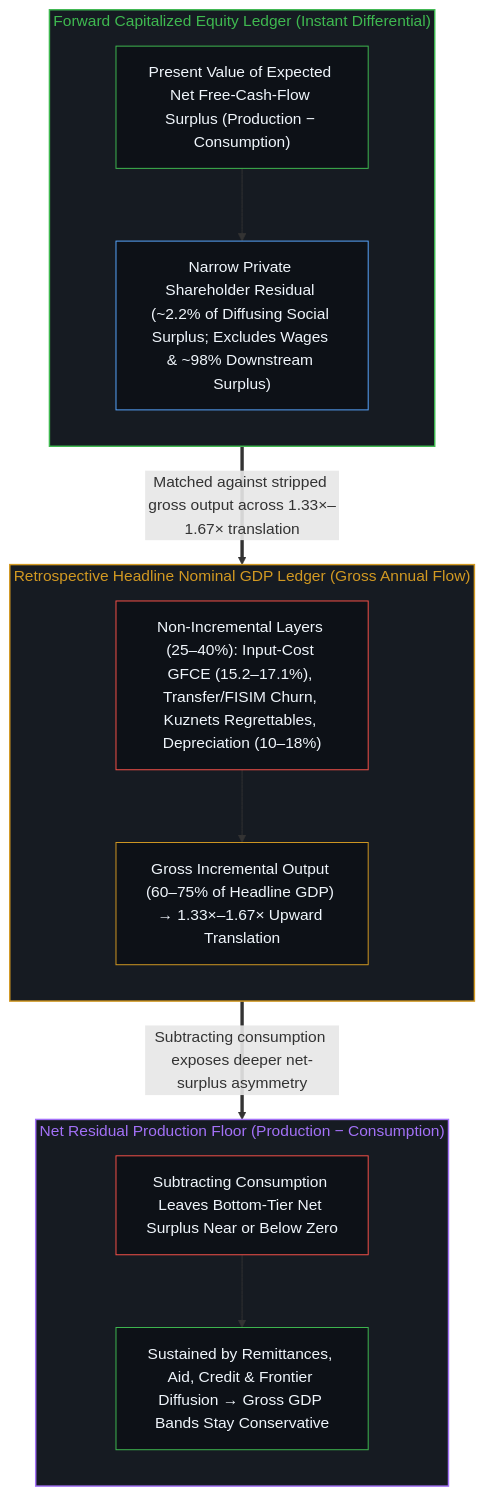
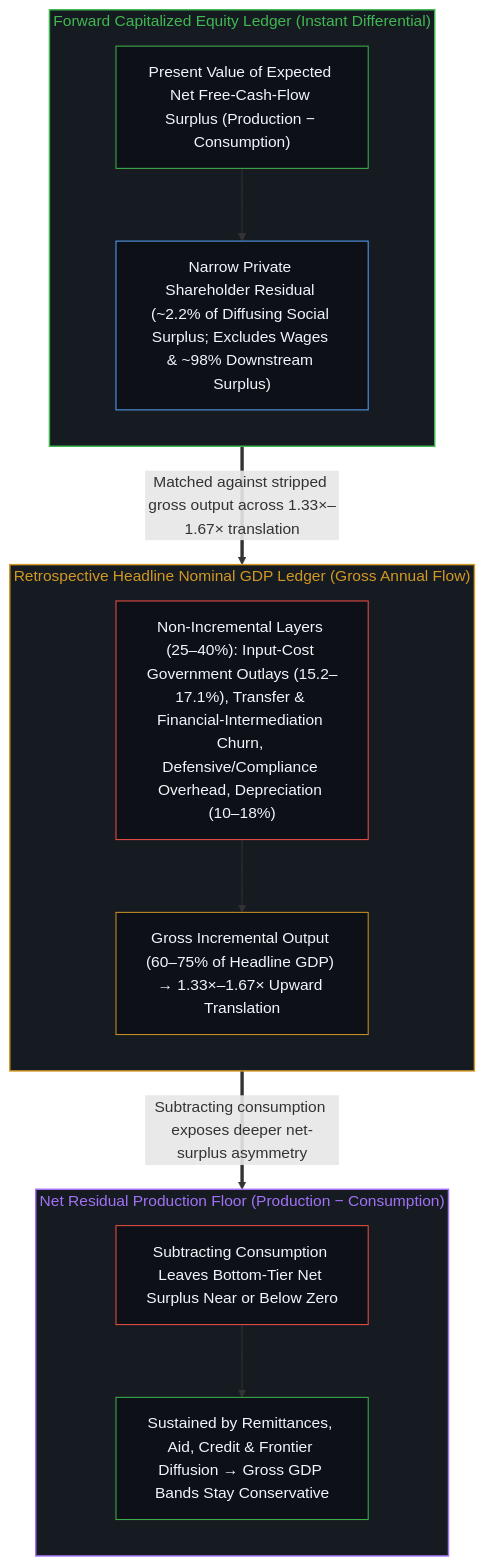
The fourth of 4 diagrams in content/posts/the-market-repricing-of-productive-base.md (powerpig99/not-a-toe), drawn with Mermaid before and after one commit. The commit also changed other lines of this file and 24 other files, not shown here.

````diff
--- a/content/posts/the-market-repricing-of-productive-base.md
+++ b/content/posts/the-market-repricing-of-productive-base.md
@@ -164,32 +164,32 @@
 ```mermaid
 flowchart TD
     subgraph S_Eq["Forward Capitalized Equity Ledger (Instant Differential)"]
         direction TB
         E1["Present Value of Expected Net Free-Cash-Flow Surplus (Production − Consumption)"]
         E2["Narrow Private Shareholder Residual (~2.2% of Diffusing Social Surplus; Excludes Wages & ~98% Downstream Surplus)"]
         E1 --> E2
     end
     subgraph S_Gdp["Retrospective Headline Nominal GDP Ledger (Gross Annual Flow)"]
         direction TB
-        G1["Non-Incremental Layers (25–40%): Input-Cost GFCE (15.2–17.1%), Transfer/FISIM Churn, Kuznets Regrettables, Depreciation (10–18%)"]
+        G1["Non-Incremental Layers (25–40%): Input-Cost Government Outlays (15.2–17.1%), Transfer & Financial-Intermediation Churn, Defensive/Compliance Overhead, Depreciation (10–18%)"]
         G2["Gross Incremental Output (60–75% of Headline GDP) → 1.33×–1.67× Upward Translation"]
         G1 --> G2
     end
     subgraph S_Net["Net Residual Production Floor (Production − Consumption)"]
         direction TB
         N1["Subtracting Consumption Leaves Bottom-Tier Net Surplus Near or Below Zero"]
         N2["Sustained by Remittances, Aid, Credit & Frontier Diffusion → Gross GDP Bands Stay Conservative"]
         N1 --> N2
     end
     E2 ==>|"Matched against stripped gross output across 1.33×–1.67× translation"| G1
     G2 ==>|"Subtracting consumption exposes deeper net-surplus asymmetry"| N1
     style S_Eq fill:#161b22,stroke:#3fb950,stroke-width:1.5px,color:#3fb950
     style S_Gdp fill:#161b22,stroke:#d29922,stroke-width:1.5px,color:#d29922
     style S_Net fill:#161b22,stroke:#a371f7,stroke-width:1.5px,color:#a371f7
     style E1 fill:#0d1117,stroke:#3fb950,stroke-width:1px,color:#f0f6fc
     style E2 fill:#0d1117,stroke:#58a6ff,stroke-width:1px,color:#f0f6fc
     style G1 fill:#0d1117,stroke:#f85149,stroke-width:1px,color:#f0f6fc
     style G2 fill:#0d1117,stroke:#d29922,stroke-width:1px,color:#f0f6fc
     style N1 fill:#0d1117,stroke:#f85149,stroke-width:1px,color:#f0f6fc
     style N2 fill:#0d1117,stroke:#3fb950,stroke-width:1px,color:#f0f6fc
 ```
````
